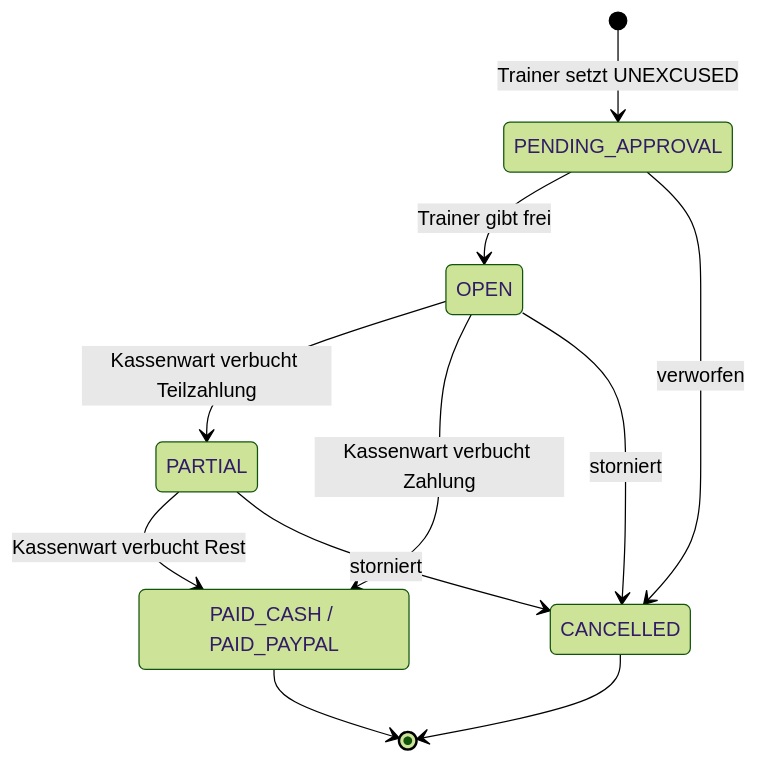
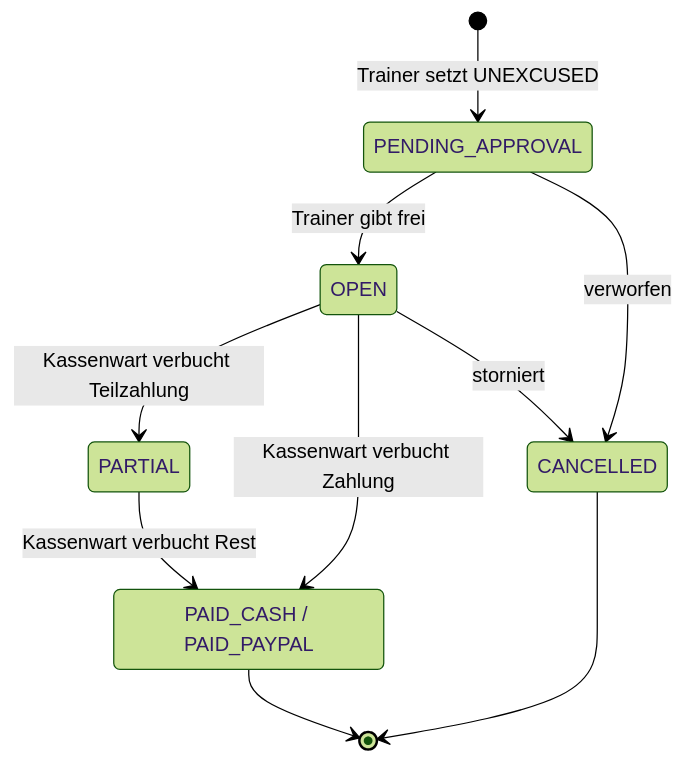
Before and after one commit to squadhq-team/squadhq-team: the fourth of 5 diagrams in docs/architektur/sequenz-pen-02.md, drawn with Mermaid (forest theme). The commit also changed other lines of this file and 13 other files, not shown here.

First line of the commit message:
Doku und Diagramme an Teams, Rollen und neue Features angepasst

````diff
--- a/docs/architektur/sequenz-pen-02.md
+++ b/docs/architektur/sequenz-pen-02.md
@@ -164,14 +172,13 @@
 ```mermaid
 stateDiagram-v2
   state "PAID_CASH / PAID_PAYPAL" as PAID
   [*] --> PENDING_APPROVAL: Trainer setzt UNEXCUSED
   PENDING_APPROVAL --> OPEN: Trainer gibt frei
   OPEN --> PARTIAL: Kassenwart verbucht Teilzahlung
   OPEN --> PAID: Kassenwart verbucht Zahlung
   PARTIAL --> PAID: Kassenwart verbucht Rest
   PENDING_APPROVAL --> CANCELLED: verworfen
   OPEN --> CANCELLED: storniert
-  PARTIAL --> CANCELLED: storniert
   PAID --> [*]
   CANCELLED --> [*]
 ```
````
